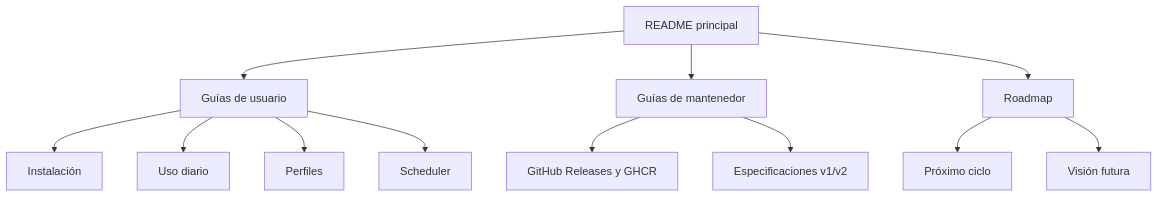
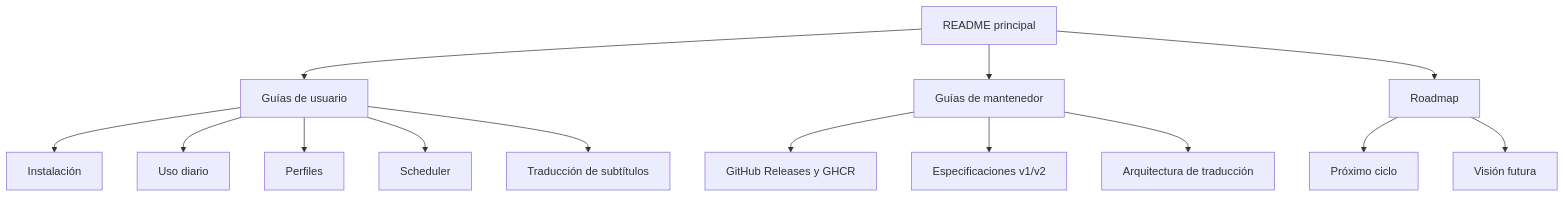
Before and after one commit to xxmenioxx/mediaforge: the diagram in docs/README.md, drawn with Mermaid. The commit also changed other lines of this file and 2 other files, not shown here.

Commit message:
docs(subtitles): link translation documentation

````diff
--- a/docs/README.md
+++ b/docs/README.md
@@ -32,14 +34,16 @@
 ```mermaid
 flowchart TD
     ROOT[README principal] --> USER[Guías de usuario]
     ROOT --> MAINTAINER[Guías de mantenedor]
     ROOT --> ROADMAP[Roadmap]
     USER --> INSTALL[Instalación]
     USER --> USE[Uso diario]
     USER --> PROFILES[Perfiles]
     USER --> SCHEDULER[Scheduler]
+    USER --> SUBTRAN["Traducción de subtítulos"]
     MAINTAINER --> RELEASES[GitHub Releases y GHCR]
     MAINTAINER --> SPEC["Especificaciones v1/v2"]
+    MAINTAINER --> SUBARCH["Arquitectura de traducción"]
     ROADMAP --> NEXT[Próximo ciclo]
     ROADMAP --> FUTURE[Visión futura]
 ```
````
